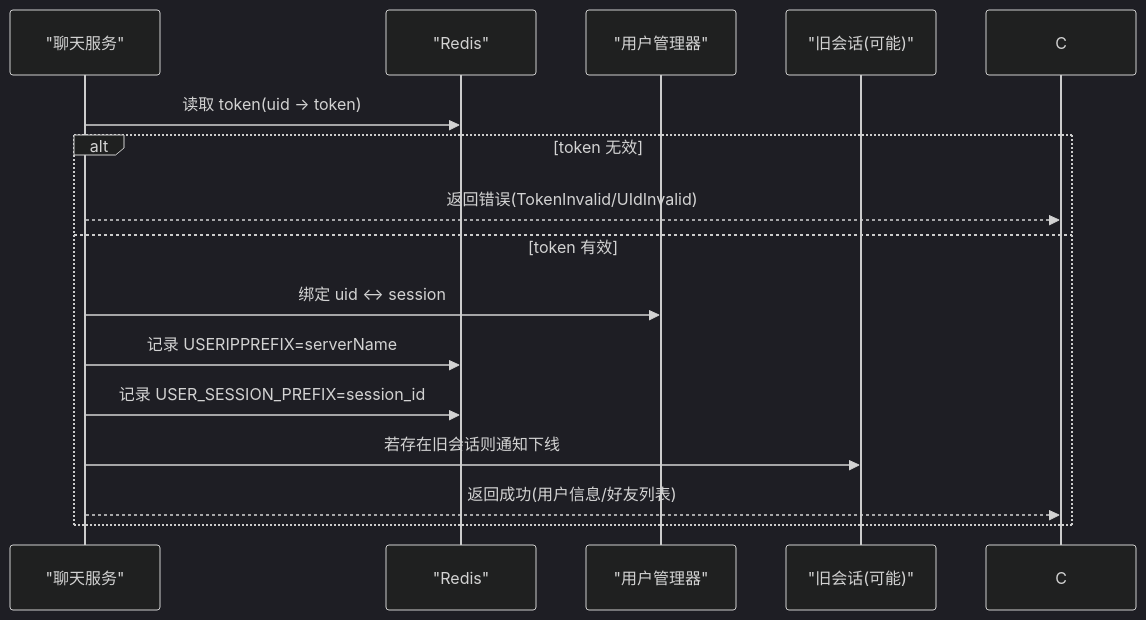
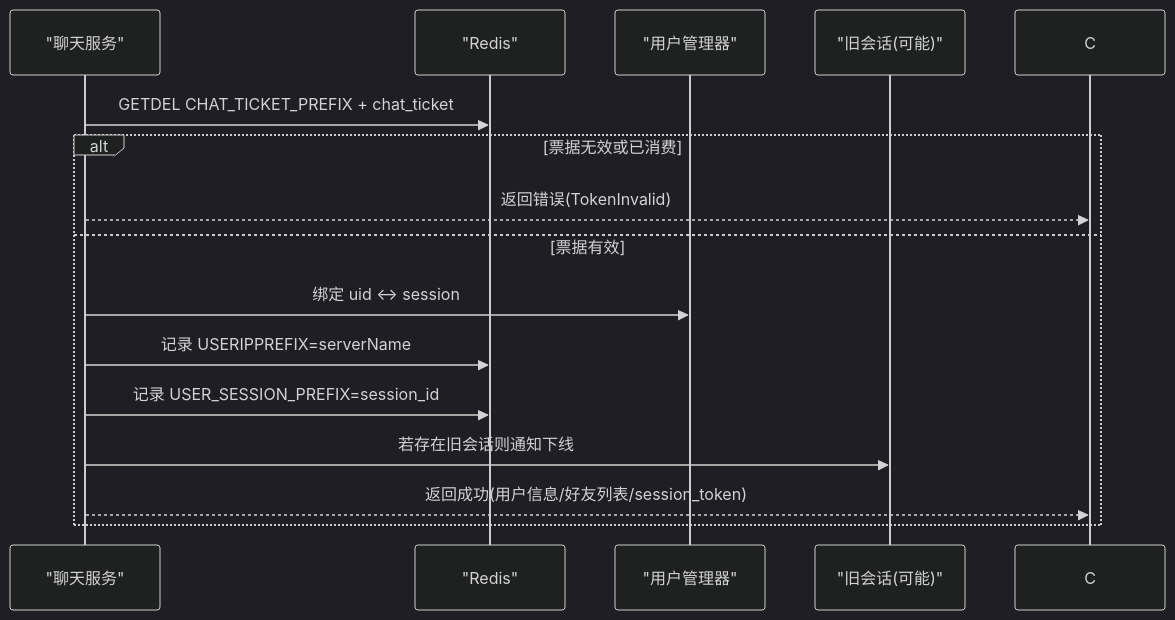
The seventh of 9 diagrams in .qoder/repowiki/zh/content/安全设计/身份认证系统/登录认证系统.md (echo9923/mychatter), drawn with Mermaid (dark theme) before and after one commit. The commit also changed other lines of this file and 107 other files, not shown here.

````diff
--- a/.qoder/repowiki/zh/content/安全设计/身份认证系统/登录认证系统.md
+++ b/.qoder/repowiki/zh/content/安全设计/身份认证系统/登录认证系统.md
@@ -238,17 +269,17 @@
 ```mermaid
 sequenceDiagram
 participant CH as "聊天服务"
 participant R as "Redis"
 participant U as "用户管理器"
 participant O as "旧会话(可能)"
-CH->>R : 读取 token(uid -> token)
-alt token 无效
-CH-->>C : 返回错误(TokenInvalid/UIdInvalid)
-else token 有效
+CH->>R : GETDEL CHAT_TICKET_PREFIX + chat_ticket
+alt 票据无效或已消费
+CH-->>C : 返回错误(TokenInvalid)
+else 票据有效
 CH->>U : 绑定 uid <-> session
 CH->>R : 记录 USERIPPREFIX=serverName
 CH->>R : 记录 USER_SESSION_PREFIX=session_id
 CH->>O : 若存在旧会话则通知下线
-CH-->>C : 返回成功(用户信息/好友列表)
+CH-->>C : 返回成功(用户信息/好友列表/session_token)
 end
 ```
````
